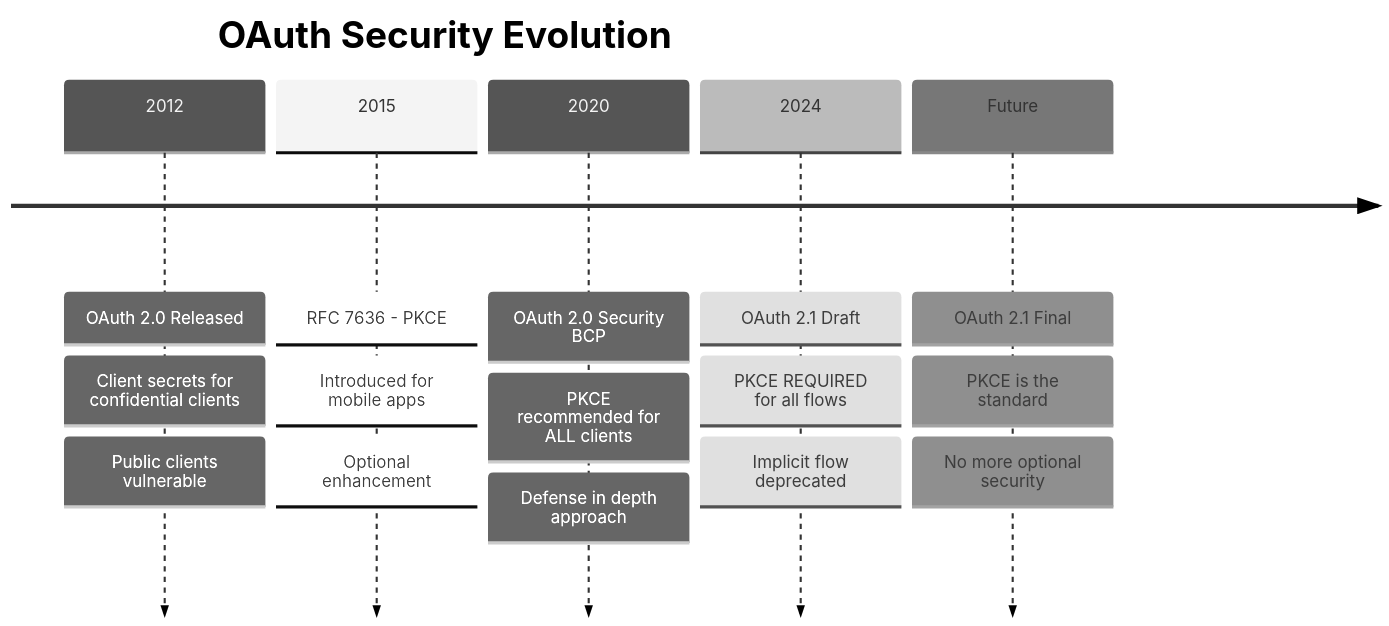
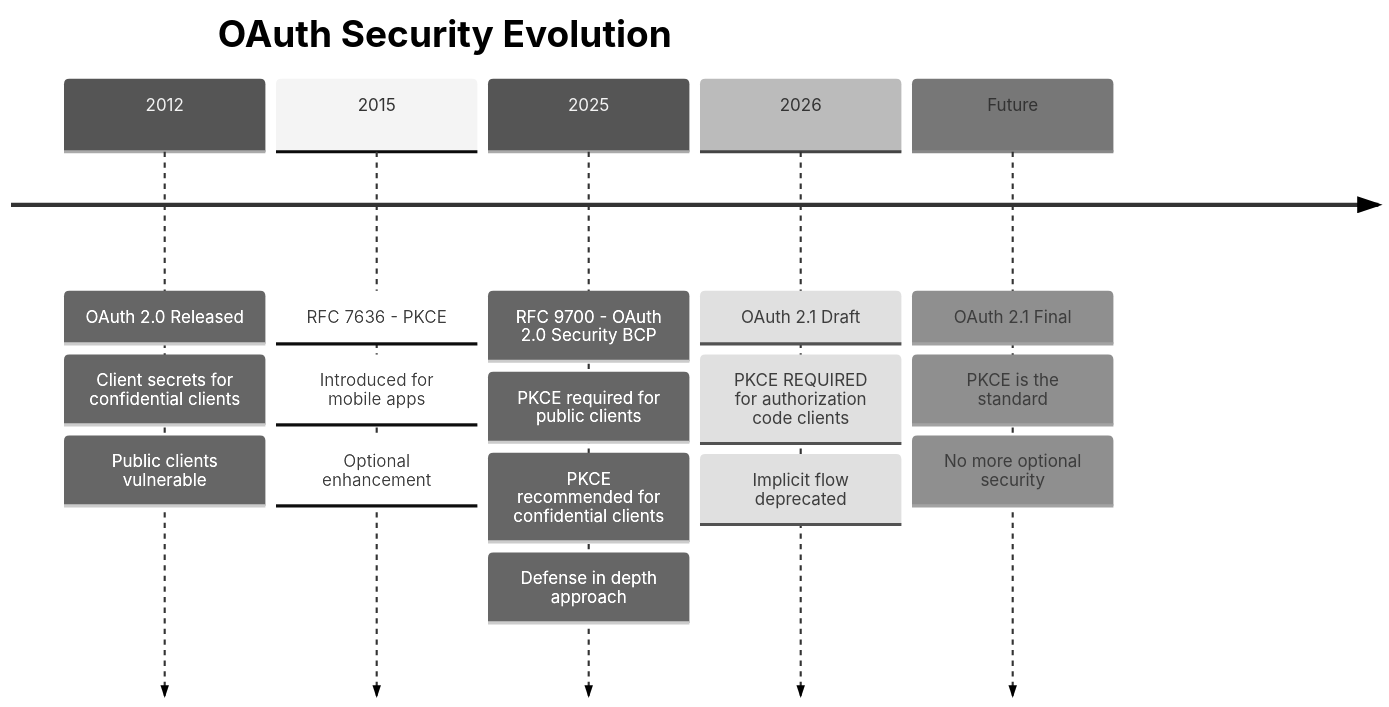
Diagram 18 of 19 in posts/2025-12-16-what-is-pkce-and-why-you-need-it/README.md (OneUptime/blog), drawn with Mermaid (neutral theme) before and after one commit. The commit also changed other lines of this file and 2 other files, not shown here.

Commit message:
validate: 2025-12-16-what-is-pkce-and-why-you-need-it

````diff
--- a/posts/2025-12-16-what-is-pkce-and-why-you-need-it/README.md
+++ b/posts/2025-12-16-what-is-pkce-and-why-you-need-it/README.md
@@ -737,19 +760,20 @@
 ```mermaid
 timeline
     title OAuth Security Evolution
     2012 : OAuth 2.0 Released
          : Client secrets for confidential clients
          : Public clients vulnerable
     2015 : RFC 7636 - PKCE
          : Introduced for mobile apps
          : Optional enhancement
-    2020 : OAuth 2.0 Security BCP
-         : PKCE recommended for ALL clients
+    2025 : RFC 9700 - OAuth 2.0 Security BCP
+         : PKCE required for public clients
+         : PKCE recommended for confidential clients
          : Defense in depth approach
-    2024 : OAuth 2.1 Draft
-         : PKCE REQUIRED for all flows
+    2026 : OAuth 2.1 Draft
+         : PKCE REQUIRED for authorization code clients
          : Implicit flow deprecated
     Future : OAuth 2.1 Final
           : PKCE is the standard
           : No more optional security
 ```
````
